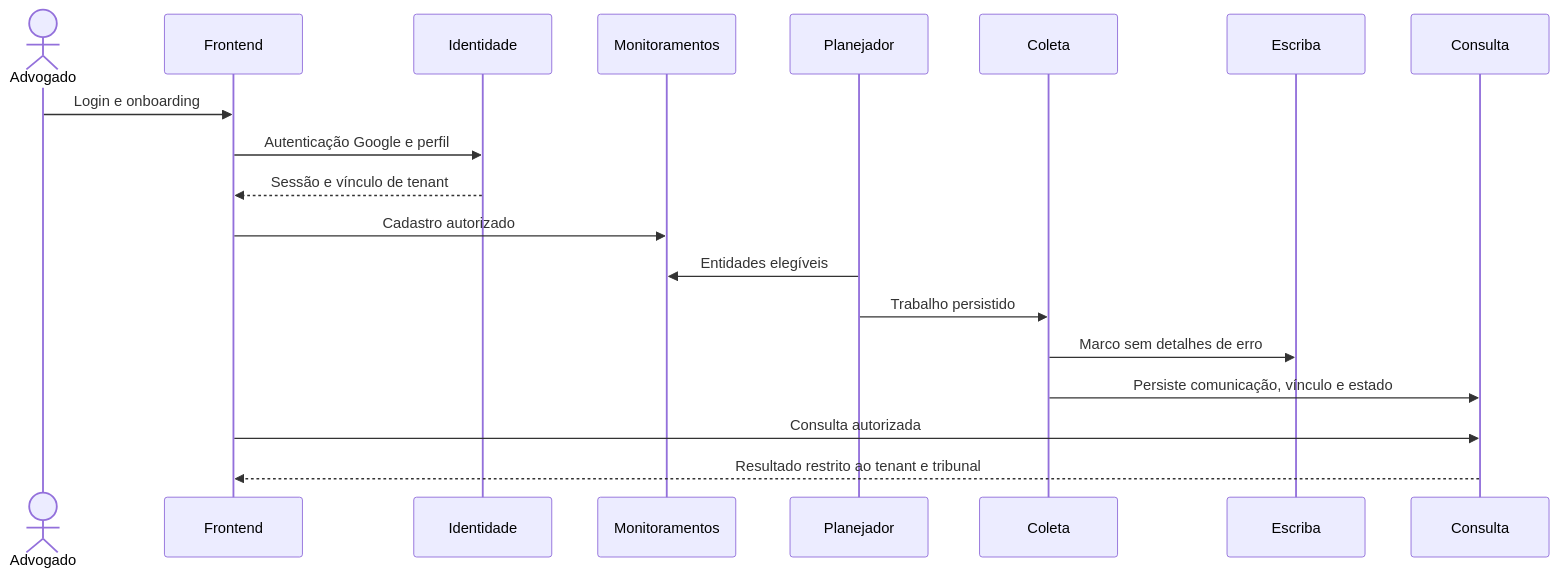
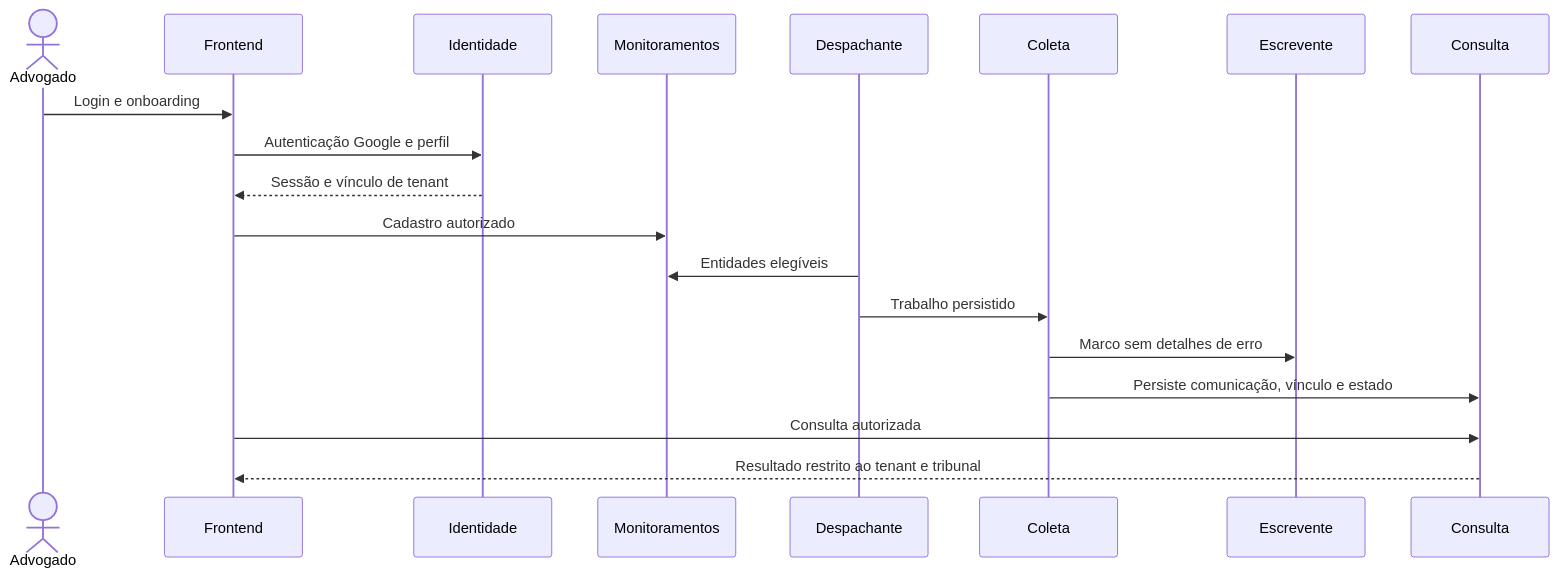
The diagram in docs/arquitetura.md (smcruzfilipe/advocaciaonline), drawn with Mermaid before and after one commit. The commit also changed other lines of this file and 50 other files, not shown here.

````diff
--- a/docs/arquitetura.md
+++ b/docs/arquitetura.md
@@ -47,21 +52,21 @@
 ```mermaid
 sequenceDiagram
     actor Advogado
     participant UI as Frontend
     participant ID as Identidade
     participant MON as Monitoramentos
-    participant PLAN as Planejador
+    participant DESP as Despachante
     participant ETL as Coleta
-    participant ESC as Escriba
+    participant ESC as Escrevente
     participant CON as Consulta
     Advogado->>UI: Login e onboarding
     UI->>ID: Autenticação Google e perfil
     ID-->>UI: Sessão e vínculo de tenant
     UI->>MON: Cadastro autorizado
-    PLAN->>MON: Entidades elegíveis
-    PLAN->>ETL: Trabalho persistido
+    DESP->>MON: Entidades elegíveis
+    DESP->>ETL: Trabalho persistido
     ETL->>ESC: Marco sem detalhes de erro
     ETL->>CON: Persiste comunicação, vínculo e estado
     UI->>CON: Consulta autorizada
     CON-->>UI: Resultado restrito ao tenant e tribunal
 ```
````
